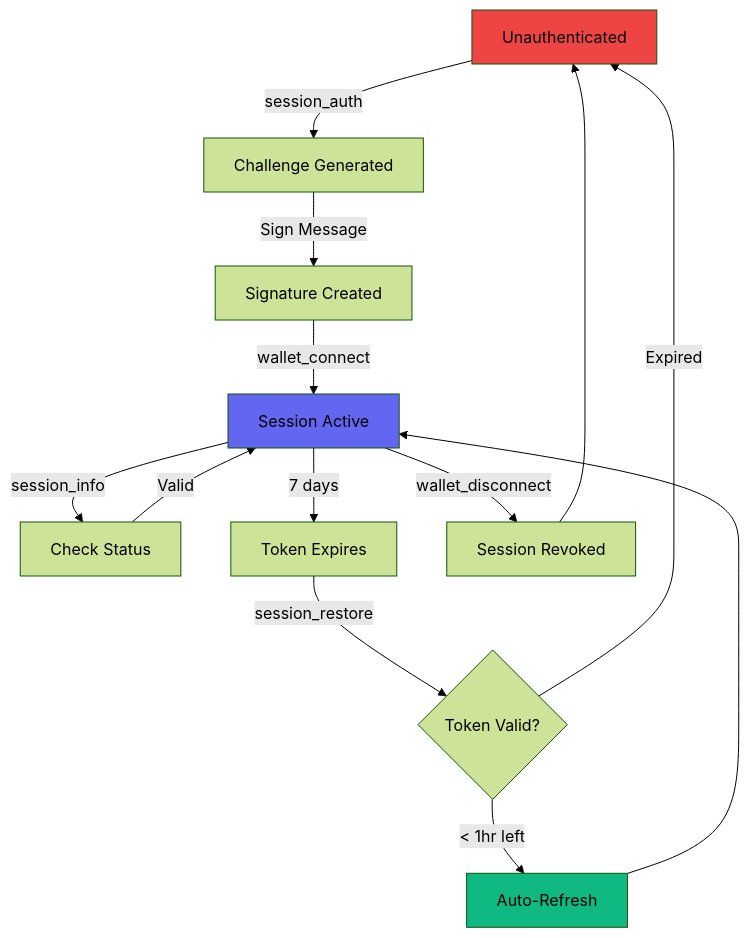
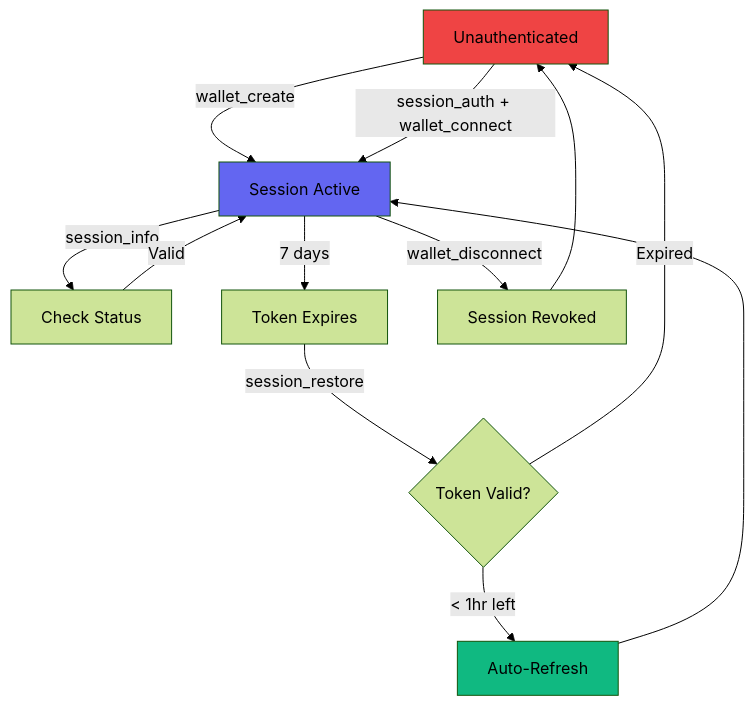
One commit to AETHER-SDK/docs changed the second of 2 diagrams in mcp/session-management.mdx. Above: the diagram before and after it, drawn with Mermaid (forest theme). The commit also changed other lines of this file and 10 other files, not shown here.

````diff
--- a/mcp/session-management.mdx
+++ b/mcp/session-management.mdx
@@ -133,23 +194,22 @@
 ```mermaid
 graph TD
-    A[Unauthenticated] -->|session_auth| B[Challenge Generated]
-    B -->|Sign Message| C[Signature Created]
-    C -->|wallet_connect| D[Session Active]
+    A[Unauthenticated] -->|wallet_create| D[Session Active]
+    A -->|session_auth + wallet_connect| D
 
     D -->|session_info| E[Check Status]
     E -->|Valid| D
 
     D -->|7 days| F[Token Expires]
     D -->|wallet_disconnect| G[Session Revoked]
 
     F -->|session_restore| H{Token Valid?}
     H -->|< 1hr left| I[Auto-Refresh]
     I --> D
     H -->|Expired| A
 
     G --> A
 
     style D fill:#6366F1
     style A fill:#EF4444
     style I fill:#10B981
 ```
````
